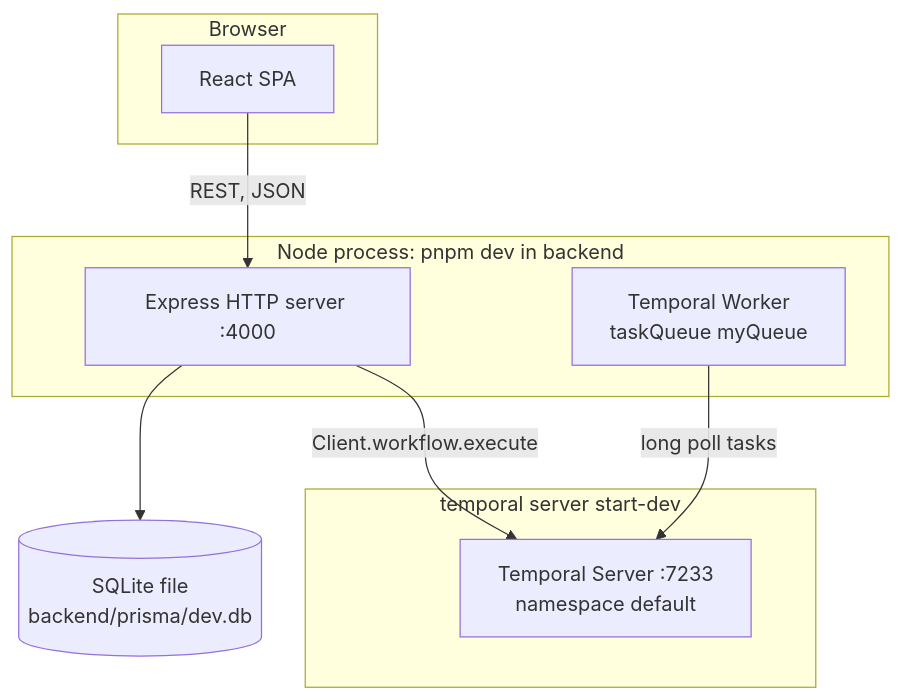
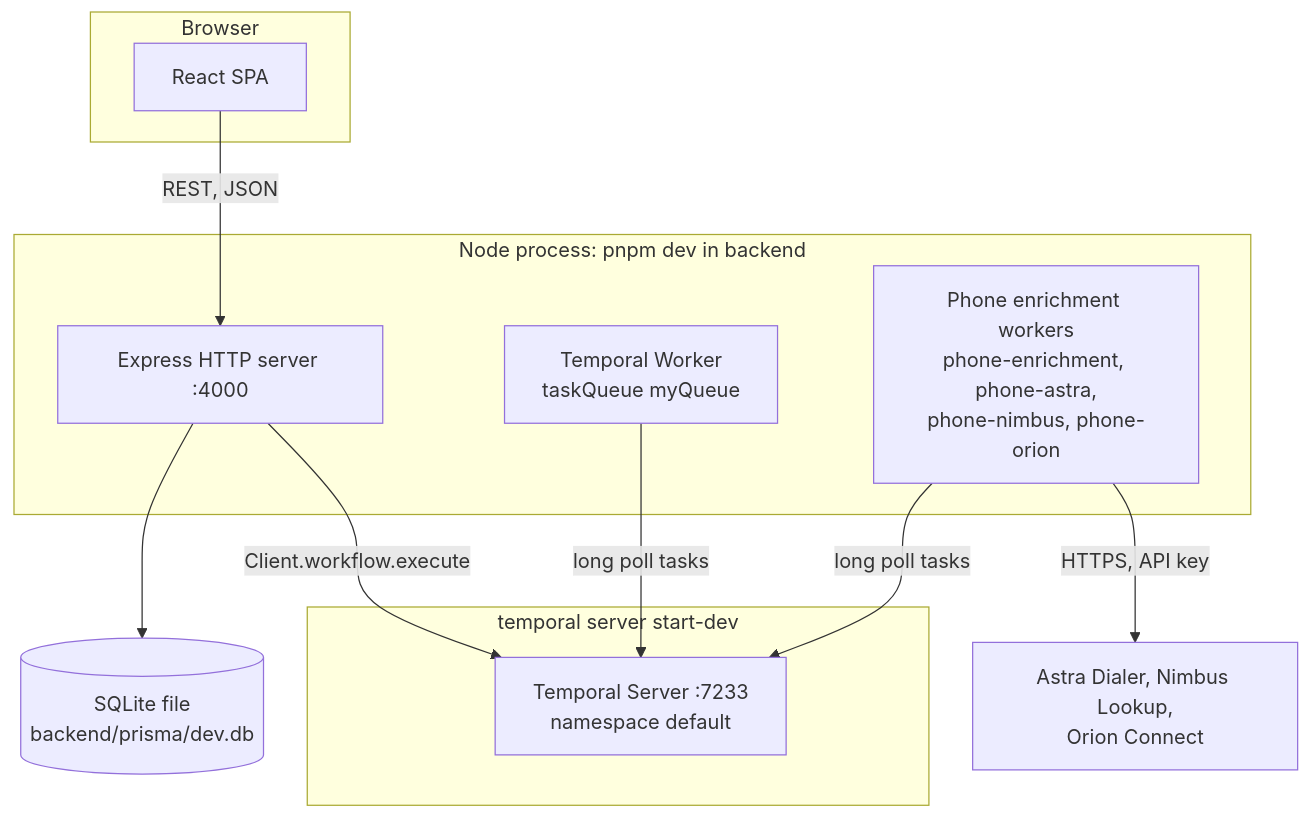
The diagram in design/architecture/01-system-overview.md (Genesy-AI/technical-task-sergi-cortes), drawn with Mermaid before and after one commit. The commit also changed other lines of this file and 9 other files, not shown here.

First line of the commit message:
docs(phone): record provider and task queue decisions and document phone enrichment

````diff
--- a/design/architecture/01-system-overview.md
+++ b/design/architecture/01-system-overview.md
@@ -44,19 +44,22 @@
 ```mermaid
 flowchart TB
     subgraph Browser
         SPA[React SPA]
     end
     subgraph "Node process: pnpm dev in backend"
         API[Express HTTP server :4000]
         WRK[Temporal Worker<br/>taskQueue myQueue]
+        PWRK[Phone enrichment workers<br/>phone-enrichment, phone-astra,<br/>phone-nimbus, phone-orion]
     end
     subgraph "temporal server start-dev"
         TS[Temporal Server :7233<br/>namespace default]
     end
     DB[(SQLite file<br/>backend/prisma/dev.db)]
 
     SPA -- "REST, JSON" --> API
     API --> DB
     API -- "Client.workflow.execute" --> TS
     WRK -- "long poll tasks" --> TS
+    PWRK -- "long poll tasks" --> TS
+    PWRK -- "HTTPS, API key" --> PROV[Astra Dialer, Nimbus Lookup,<br/>Orion Connect]
 ```
````
